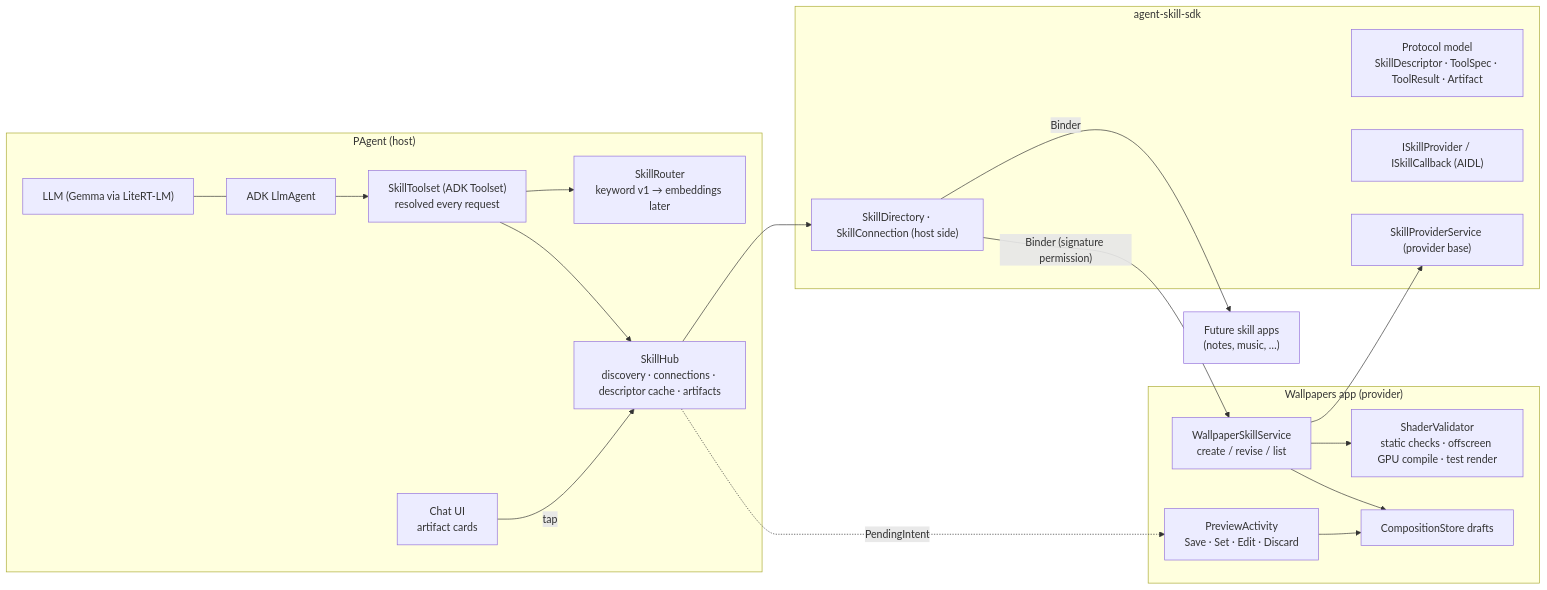
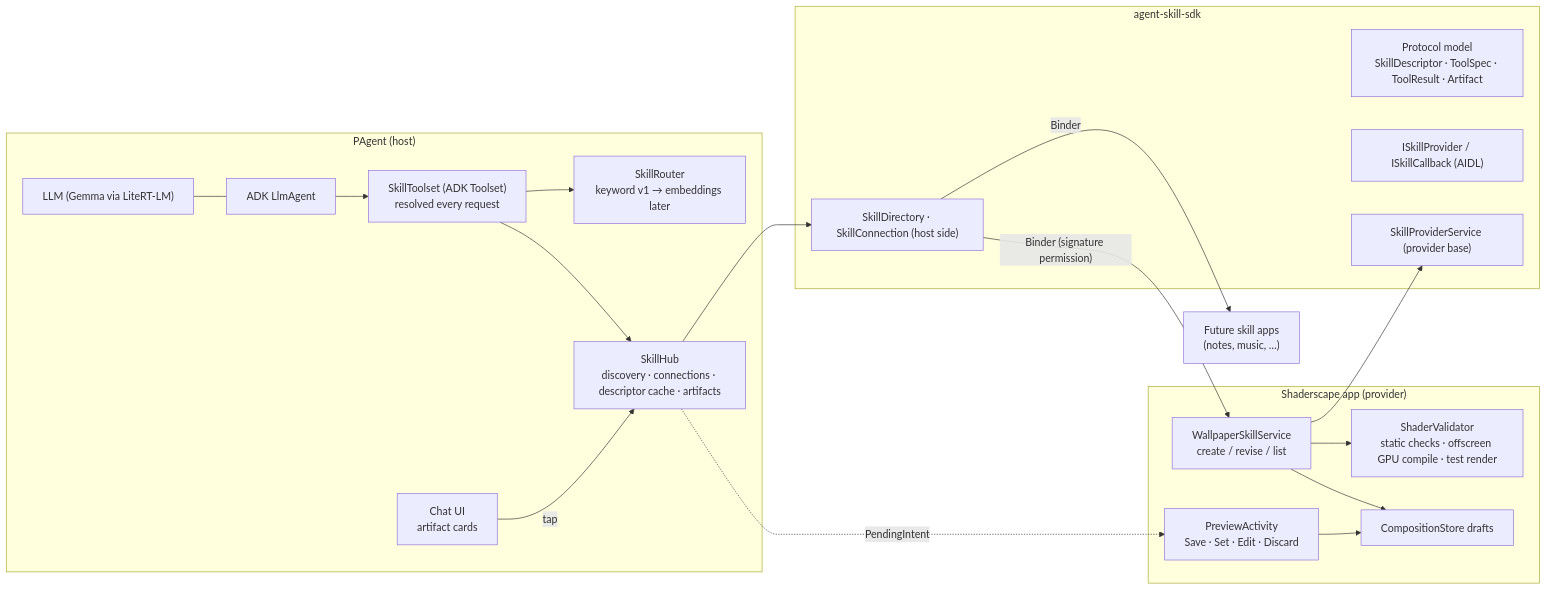
Before and after one commit to PhaniKiran1999/agent-skill-sdk: the diagram in design-docs/architecture.md, drawn with Mermaid. The commit also changed other lines of this file and 1 other file, not shown here.

Commit message:
Docs: refer to the wallpaper provider app as Shaderscape

````diff
--- a/design-docs/architecture.md
+++ b/design-docs/architecture.md
@@ -11,40 +11,40 @@
 ```mermaid
 flowchart LR
     subgraph Host["PAgent (host)"]
         LLM["LLM (Gemma via LiteRT-LM)"]
         ADK["ADK LlmAgent"]
         TS["SkillToolset (ADK Toolset)<br/>resolved every request"]
         Router["SkillRouter<br/>keyword v1 → embeddings later"]
         Hub["SkillHub<br/>discovery · connections · descriptor cache · artifacts"]
         Chat["Chat UI<br/>artifact cards"]
         LLM --- ADK
         ADK --> TS --> Router
         TS --> Hub
         Chat -->|tap| Hub
     end
 
     subgraph SDK["agent-skill-sdk"]
         Proto["Protocol model<br/>SkillDescriptor · ToolSpec · ToolResult · Artifact"]
         AIDL["ISkillProvider / ISkillCallback (AIDL)"]
         Base["SkillProviderService (provider base)"]
         Client["SkillDirectory · SkillConnection (host side)"]
     end
 
-    subgraph Wall["Wallpapers app (provider)"]
+    subgraph Wall["Shaderscape app (provider)"]
         WSS["WallpaperSkillService<br/>create / revise / list"]
         Val["ShaderValidator<br/>static checks · offscreen GPU compile · test render"]
         Drafts["CompositionStore drafts"]
         Prev["PreviewActivity<br/>Save · Set · Edit · Discard"]
         WSS --> Val
         WSS --> Drafts
         Prev --> Drafts
     end
 
     Other["Future skill apps<br/>(notes, music, …)"]
 
     Hub --> Client
     Client -- "Binder (signature permission)" --> WSS
     Client -- Binder --> Other
     Hub -. "PendingIntent" .-> Prev
     WSS --> Base
 ```
````
